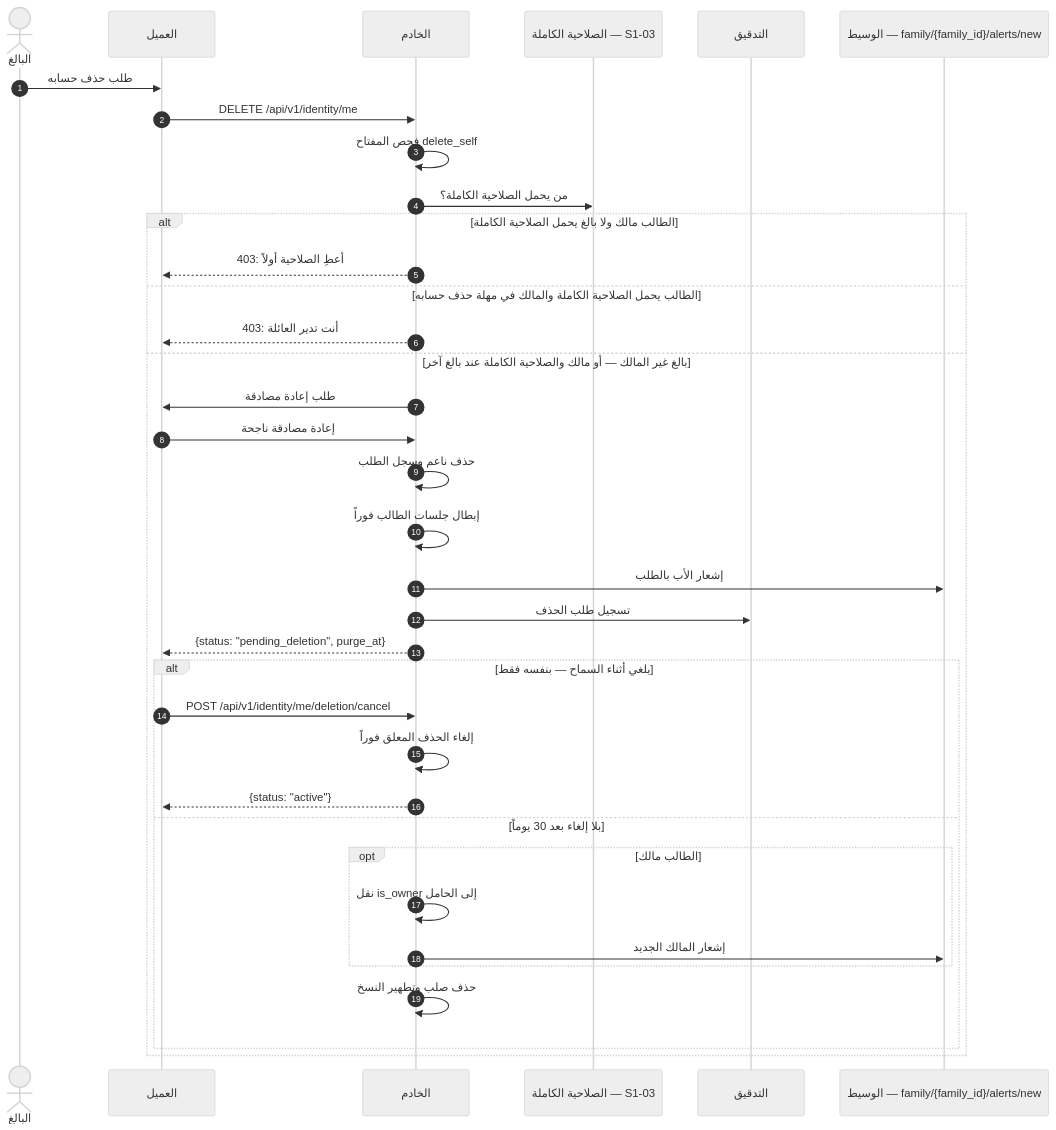
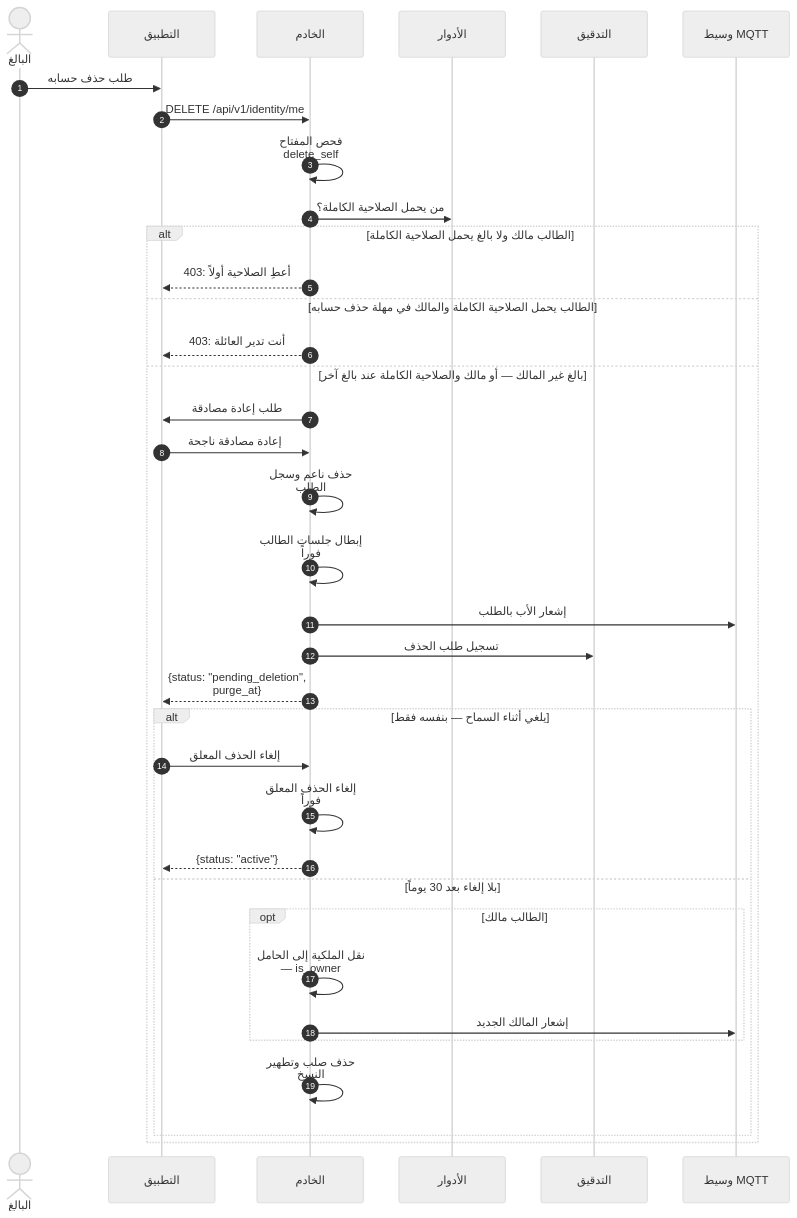
Before and after one commit to Bassam-mohammed-alqaeadi/family-os-v2: diagram 13 of 36 in docs/family-os/governance/phases/phase-1/S1-02-identity-and-onboarding/DIAGRAMS.md, drawn with Mermaid (neutral theme). The commit also changed other lines of this file, not shown here.

````diff
--- a/docs/family-os/governance/phases/phase-1/S1-02-identity-and-onboarding/DIAGRAMS.md
+++ b/docs/family-os/governance/phases/phase-1/S1-02-identity-and-onboarding/DIAGRAMS.md
@@ -577,38 +613,39 @@
 ```mermaid
+%%{init: {"sequence": {"wrap": true}}}%%
 sequenceDiagram
     autonumber
     actor Adult as البالغ
-    participant Client as العميل
+    participant App as التطبيق
     participant Ktor as الخادم
-    participant S103 as الصلاحية الكاملة — S1-03
+    participant S103 as الأدوار
     participant Audit as التدقيق
-    participant MQTT as الوسيط — family/{family_id}/alerts/new
-    Adult->>Client: طلب حذف حسابه
-    Client->>Ktor: DELETE /api/v1/identity/me
+    participant MQTT as وسيط MQTT
+    Adult->>App: طلب حذف حسابه
+    App->>Ktor: DELETE /api/v1/identity/me
     Ktor->>Ktor: فحص المفتاح delete_self
     Ktor->>S103: من يحمل الصلاحية الكاملة؟
     alt الطالب مالك ولا بالغ يحمل الصلاحية الكاملة
-        Ktor-->>Client: 403: أعطِ الصلاحية أولاً
+        Ktor-->>App: 403: أعطِ الصلاحية أولاً
     else الطالب يحمل الصلاحية الكاملة والمالك في مهلة حذف حسابه
-        Ktor-->>Client: 403: أنت تدير العائلة
+        Ktor-->>App: 403: أنت تدير العائلة
     else بالغ غير المالك — أو مالك والصلاحية الكاملة عند بالغ آخر
-        Ktor->>Client: طلب إعادة مصادقة
-        Client->>Ktor: إعادة مصادقة ناجحة
+        Ktor->>App: طلب إعادة مصادقة
+        App->>Ktor: إعادة مصادقة ناجحة
         Ktor->>Ktor: حذف ناعم وسجل الطلب
         Ktor->>Ktor: إبطال جلسات الطالب فوراً
         Ktor->>MQTT: إشعار الأب بالطلب
         Ktor->>Audit: تسجيل طلب الحذف
-        Ktor-->>Client: {status: "pending_deletion", purge_at}
+        Ktor-->>App: {status: "pending_deletion", purge_at}
         alt يلغي أثناء السماح — بنفسه فقط
-            Client->>Ktor: POST /api/v1/identity/me/deletion/cancel
+            App->>Ktor: إلغاء الحذف المعلق
             Ktor->>Ktor: إلغاء الحذف المعلق فوراً
-            Ktor-->>Client: {status: "active"}
+            Ktor-->>App: {status: "active"}
         else بلا إلغاء بعد 30 يوماً
             opt الطالب مالك
-                Ktor->>Ktor: نقل is_owner إلى الحامل
+                Ktor->>Ktor: نقل الملكية إلى الحامل — is_owner
                 Ktor->>MQTT: إشعار المالك الجديد
             end
             Ktor->>Ktor: حذف صلب وتطهير النسخ
         end
     end
 ```
````
